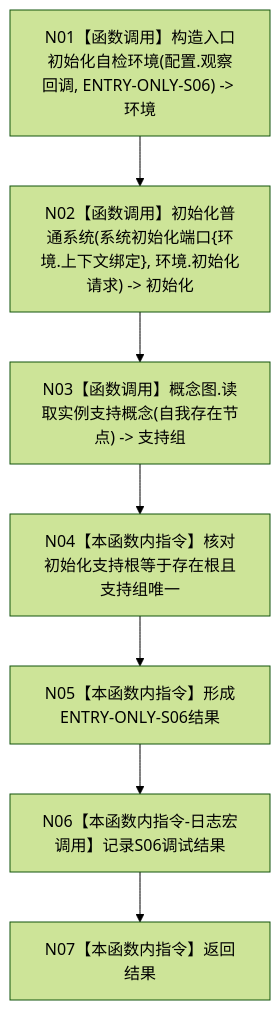
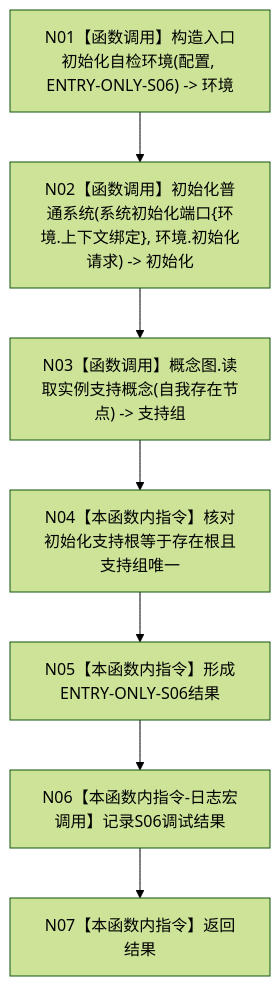
The diagram in 流程图/20260726_ENTRY-ONLY_S06_自我存在实例根支持_施工流程图_v0.1.md (chunhaizh-cyber/HY-Ego), drawn with Mermaid (forest theme) before and after one commit. The commit also changed 51 other files, not shown here.

Commit message:
修订 ENTRY-ONLY 登记设计合同

````diff
--- a/流程图/20260726_ENTRY-ONLY_S06_自我存在实例根支持_施工流程图_v0.1.md
+++ b/流程图/20260726_ENTRY-ONLY_S06_自我存在实例根支持_施工流程图_v0.1.md
@@ -27,9 +27,9 @@
 ```mermaid
 flowchart TD
-    N01["N01【函数调用】构造入口初始化自检环境(配置.观察回调, ENTRY-ONLY-S06) -> 环境"] --> N02["N02【函数调用】初始化普通系统(系统初始化端口{环境.上下文绑定}, 环境.初始化请求) -> 初始化"]
+    N01["N01【函数调用】构造入口初始化自检环境(配置, ENTRY-ONLY-S06) -> 环境"] --> N02["N02【函数调用】初始化普通系统(系统初始化端口{环境.上下文绑定}, 环境.初始化请求) -> 初始化"]
     N02 --> N03["N03【函数调用】概念图.读取实例支持概念(自我存在节点) -> 支持组"]
     N03 --> N04["N04【本函数内指令】核对初始化支持根等于存在根且支持组唯一"]
     N04 --> N05["N05【本函数内指令】形成ENTRY-ONLY-S06结果"]
     N05 --> N06["N06【本函数内指令-日志宏调用】记录S06调试结果"]
     N06 --> N07["N07【本函数内指令】返回结果"]
 ```
````
